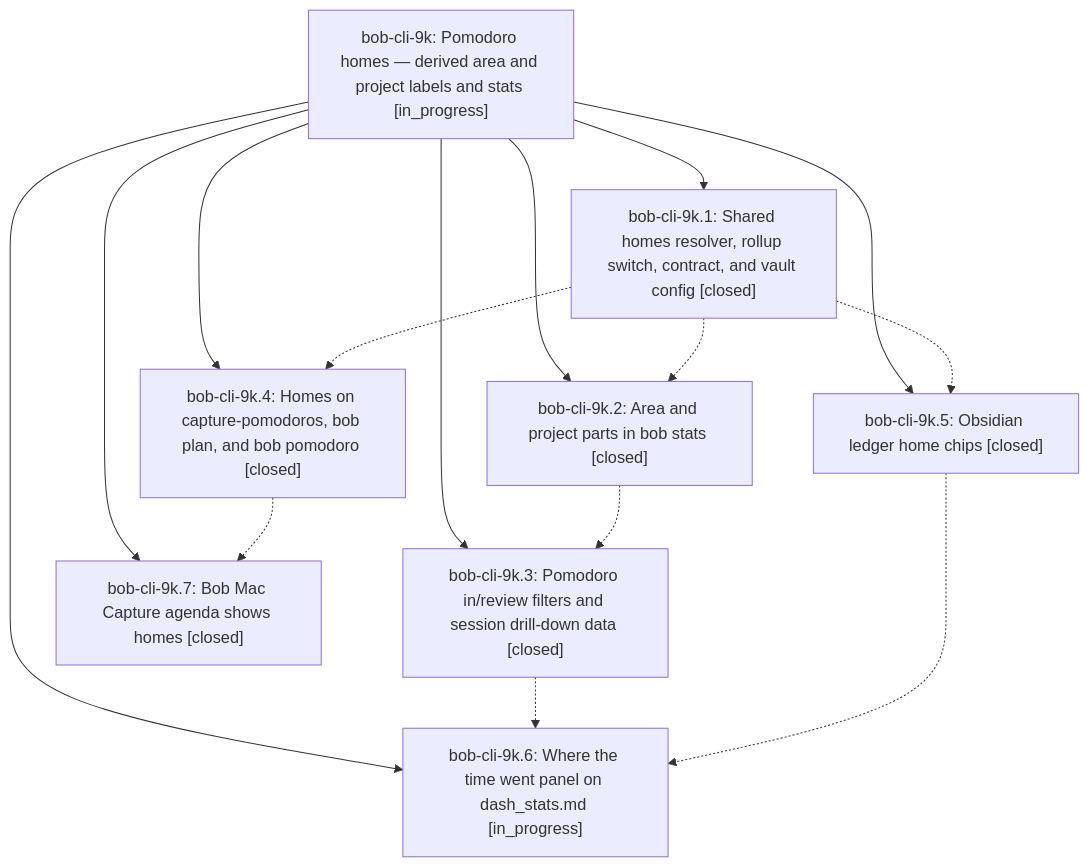
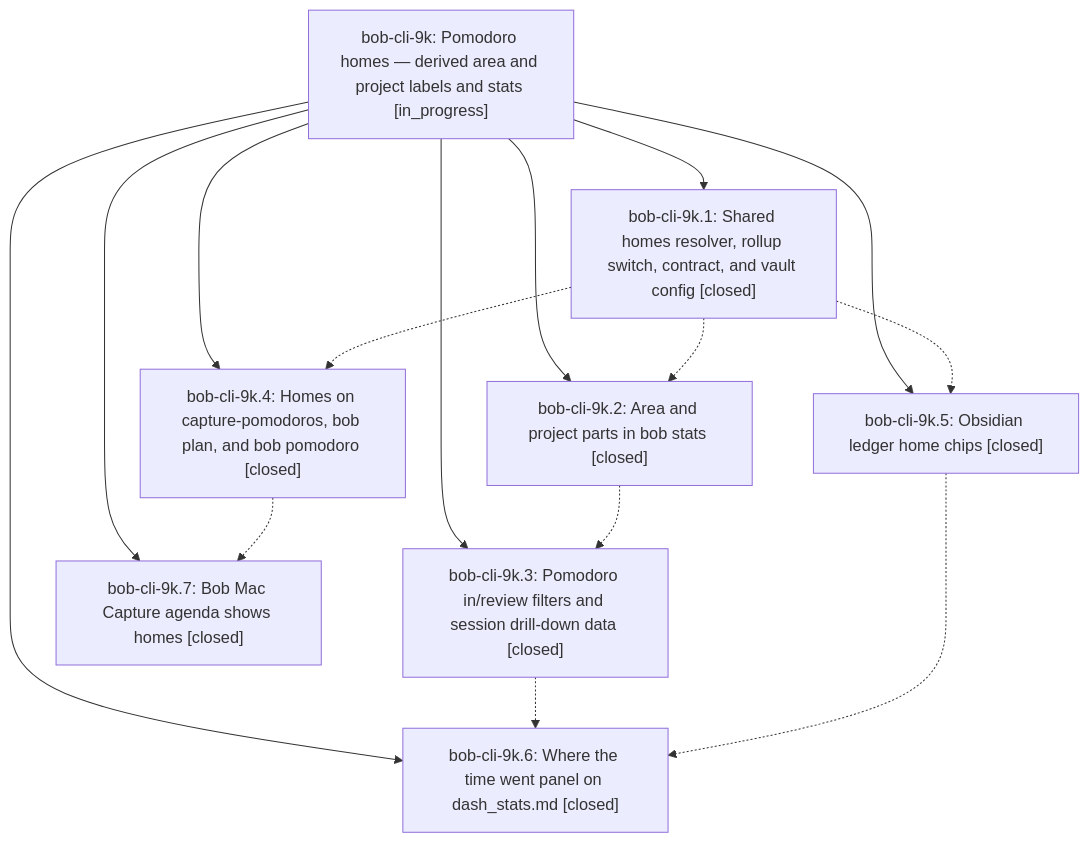
Before and after one commit to bobs-org/bob-cli--beads: the diagram in pages/bob-cli-9k/README.md, drawn with Mermaid. The commit also changed other lines of this file and 3 other files, not shown here.

First line of the commit message:
chore(beads): sync bead state and pages for bob-cli-9k

````diff
--- a/pages/bob-cli-9k/README.md
+++ b/pages/bob-cli-9k/README.md
@@ -42,25 +42,25 @@
 ```mermaid
 flowchart TD
     n0["bob-cli-9k: Pomodoro homes — derived area and project labels and stats [in_progress]"]
     n1["bob-cli-9k.1: Shared homes resolver, rollup switch, contract, and vault config [closed]"]
     n2["bob-cli-9k.2: Area and project parts in bob stats [closed]"]
     n3["bob-cli-9k.3: Pomodoro in/review filters and session drill-down data [closed]"]
     n4["bob-cli-9k.4: Homes on capture-pomodoros, bob plan, and bob pomodoro [closed]"]
     n5["bob-cli-9k.5: Obsidian ledger home chips [closed]"]
-    n6["bob-cli-9k.6: Where the time went panel on dash_stats.md [in_progress]"]
+    n6["bob-cli-9k.6: Where the time went panel on dash_stats.md [closed]"]
     n7["bob-cli-9k.7: Bob Mac Capture agenda shows homes [closed]"]
     n0 --> n1
     n0 --> n2
     n0 --> n3
     n0 --> n4
     n0 --> n5
     n0 --> n6
     n0 --> n7
     n1 -.-> n2
     n1 -.-> n4
     n1 -.-> n5
     n2 -.-> n3
     n3 -.-> n6
     n4 -.-> n7
     n5 -.-> n6
 ```
````
